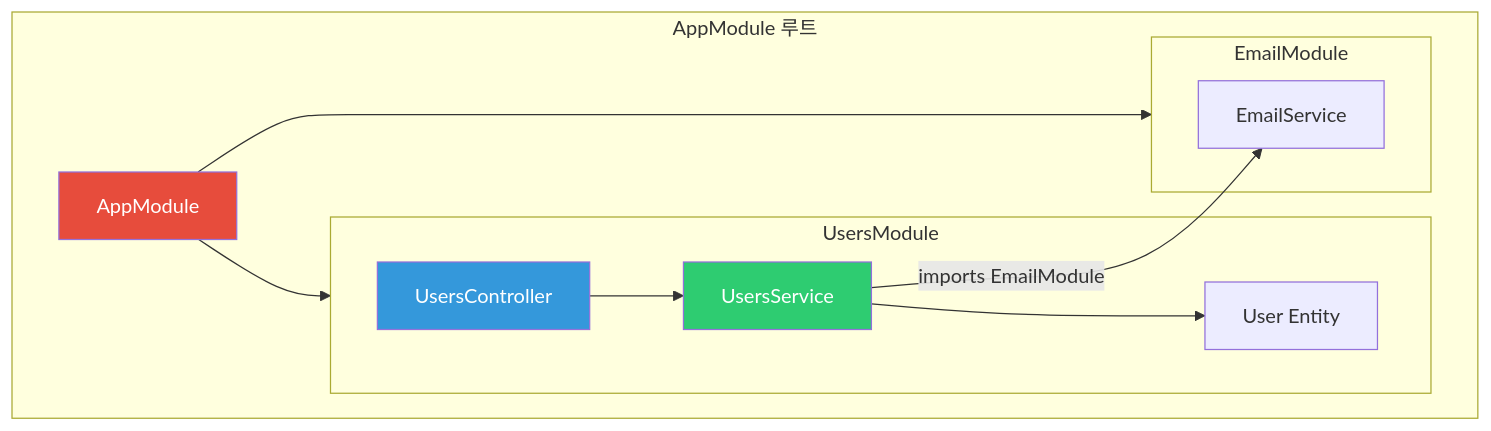
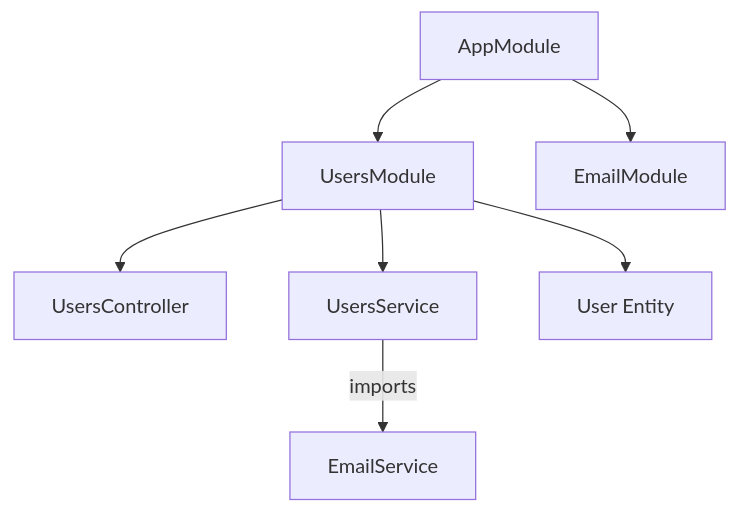
One commit to yjkim2015/yjkim2015.github.io changed the second of 4 diagrams in _posts/frontend/2026-05-02-nestjs-fundamentals.md. Above: the diagram before and after it, drawn with Mermaid. The commit also changed other lines of this file and 215 other files, not shown here.

First line of the commit message:
신규 포스트 10개 추가 + Mermaid 전면 축소 + SystemDesign 시리즈 보강

````diff
--- a/_posts/frontend/2026-05-02-nestjs-fundamentals.md
+++ b/_posts/frontend/2026-05-02-nestjs-fundamentals.md
@@ -71,26 +58,9 @@
 ```mermaid
 graph TD
-    subgraph "UsersModule"
-        UC["UsersController"]
-        US["UsersService"]
-        UE["User Entity"]
-    end
-
-    subgraph "EmailModule"
-        ES["EmailService"]
-    end
-
-    subgraph "AppModule 루트"
-        AM["AppModule"]
-        AM --> UsersModule
-        AM --> EmailModule
-    end
-
-    UC --> US
-    US --> UE
-    US -->|"imports EmailModule"| ES
-
-    style AM fill:#e74c3c,color:#fff
-    style UC fill:#3498db,color:#fff
-    style US fill:#2ecc71,color:#fff
+    AM["AppModule"] --> UM["UsersModule"]
+    AM --> EM["EmailModule"]
+    UM --> UC["UsersController"]
+    UM --> US["UsersService"]
+    UM --> UE["User Entity"]
+    US -->|"imports"| ES["EmailService"]
 ```
````
